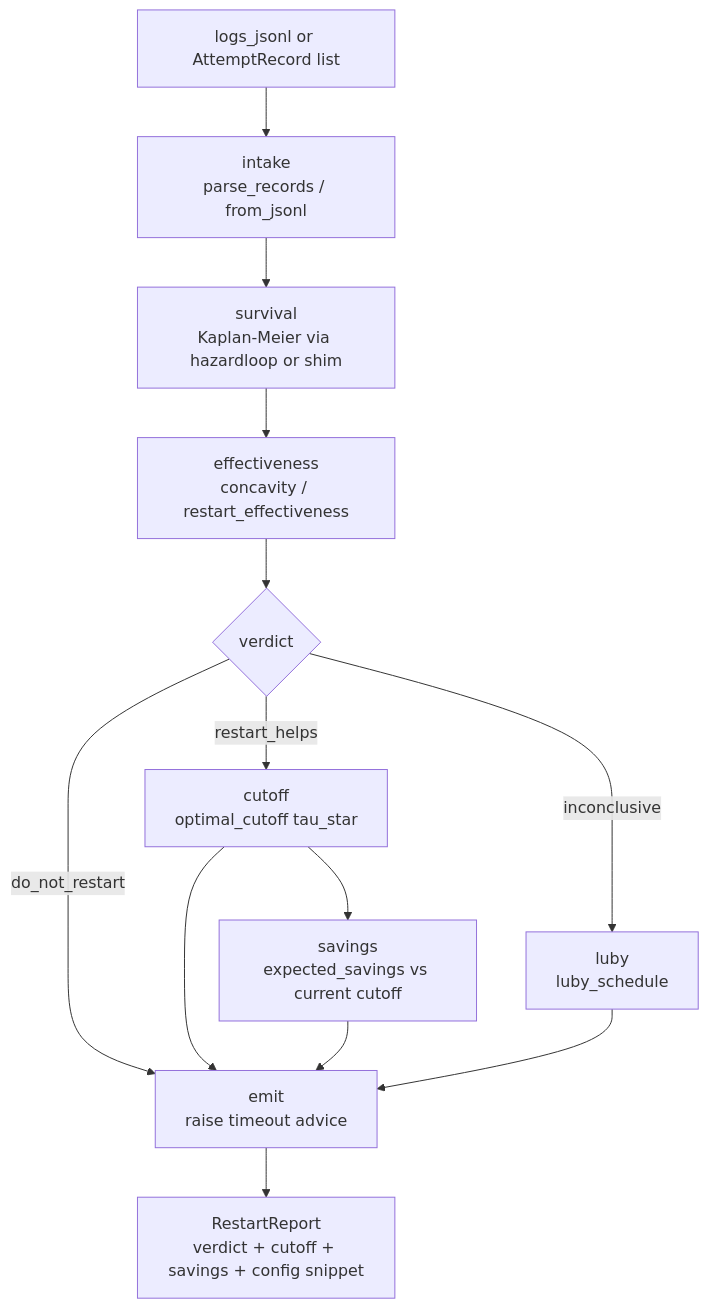
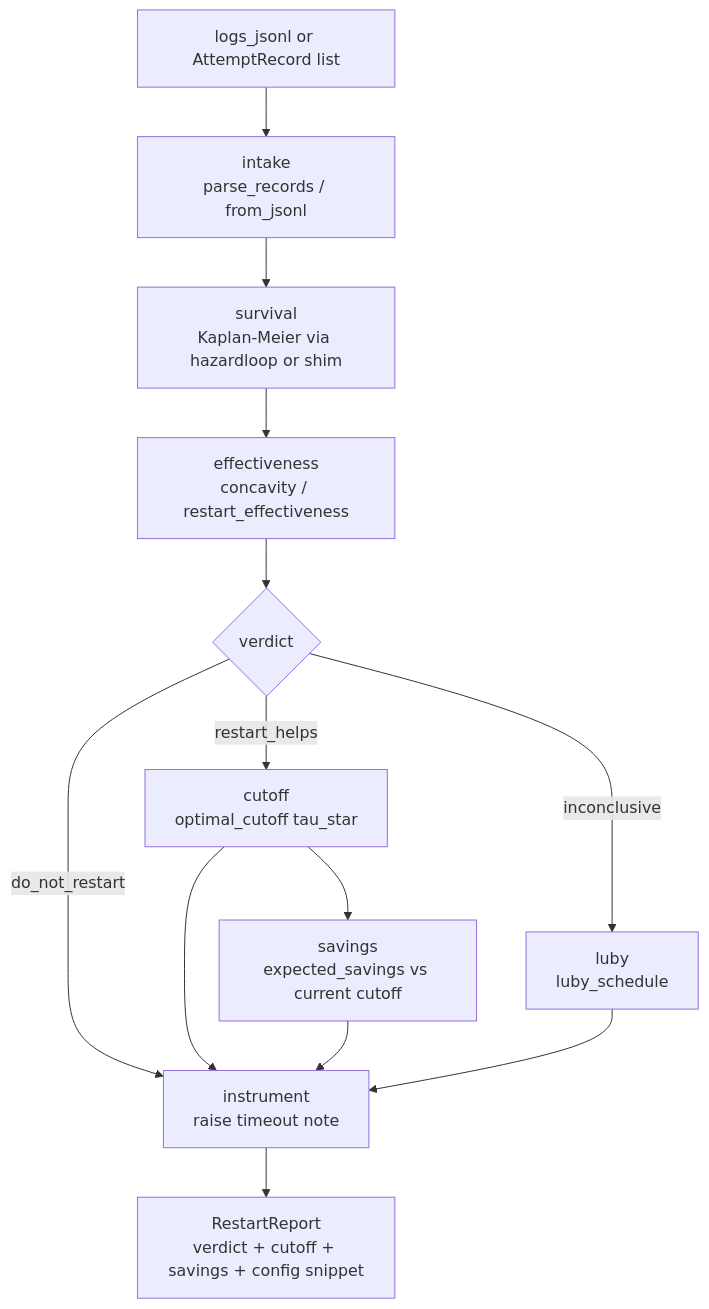
The diagram in README.md (hinanohart/restartwell), drawn with Mermaid before and after one commit.

Commit message:
docs: QA fix (rendering/content)

````diff
--- a/README.md
+++ b/README.md
@@ -27,15 +27,15 @@
 ```mermaid
 flowchart TD
     A[logs_jsonl or AttemptRecord list] --> B[intake\nparse_records / from_jsonl]
     B --> C[survival\nKaplan-Meier via hazardloop or shim]
     C --> D[effectiveness\nconcavity / restart_effectiveness]
     D --> E{verdict}
     E -->|restart_helps| F[cutoff\noptimal_cutoff tau_star]
-    E -->|do_not_restart| G[emit\nraise timeout advice]
+    E -->|do_not_restart| G[instrument\nraise timeout note]
     E -->|inconclusive| H[luby\nluby_schedule]
     F --> I[savings\nexpected_savings vs current cutoff]
     F --> G
     I --> G
     H --> G
     G --> J[RestartReport\nverdict + cutoff + savings + config snippet]
 ```
````
